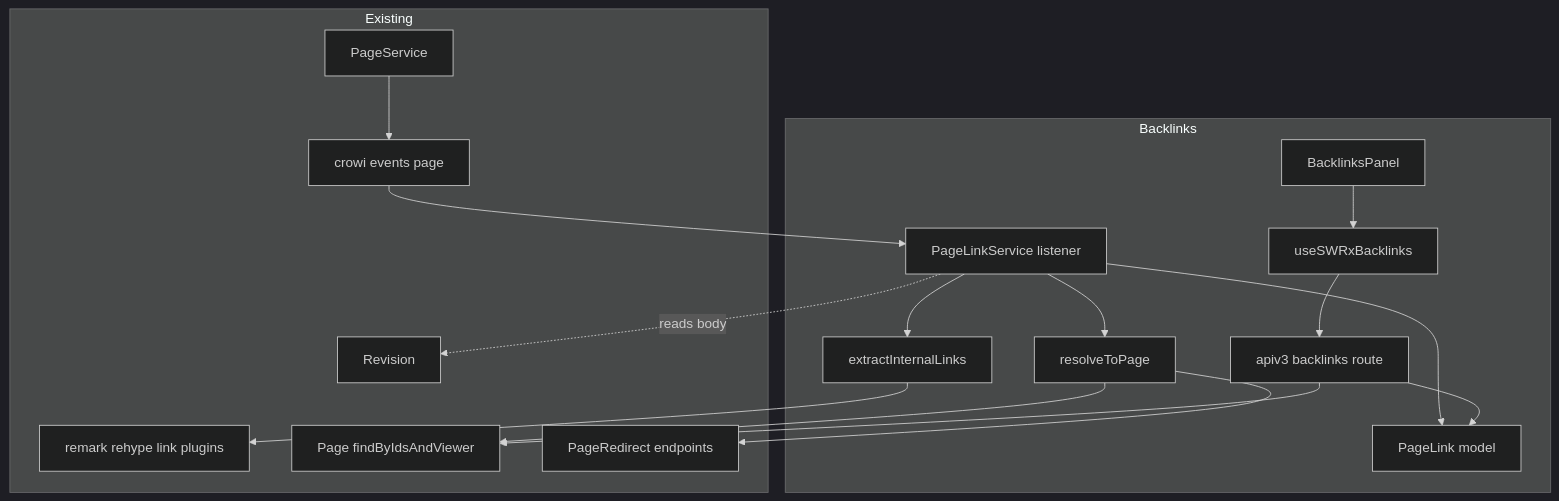
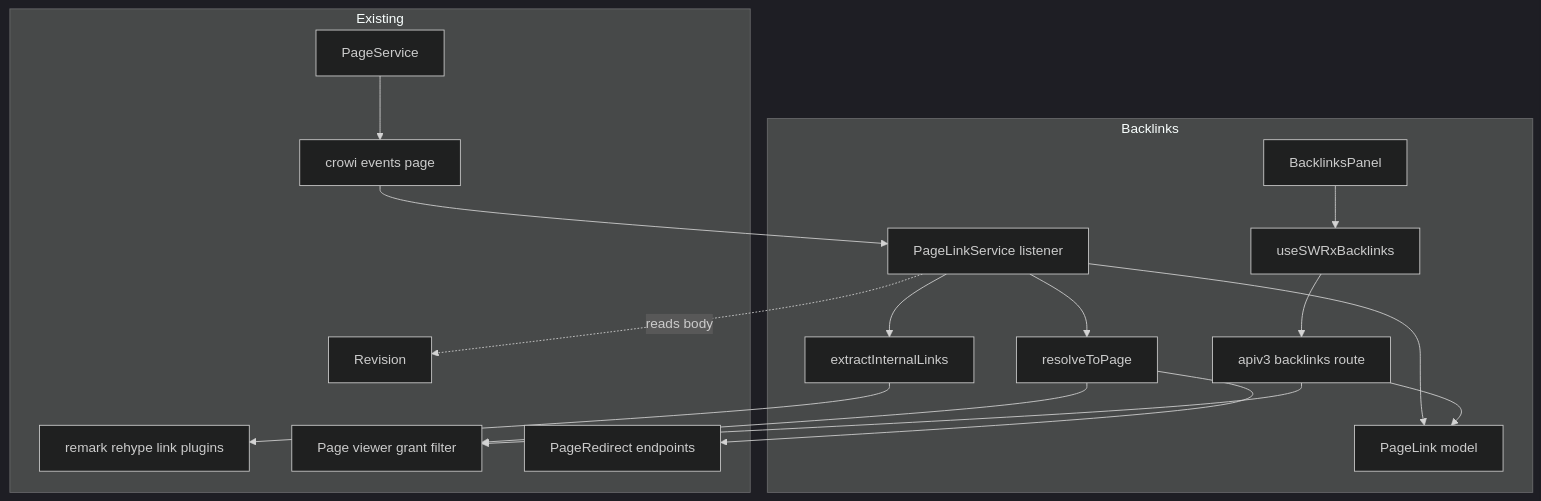
The first of 5 diagrams in .kiro/specs/backlinks/design.md (growilabs/growi), drawn with Mermaid (dark theme) before and after one commit. The commit also changed other lines of this file, not shown here.

````diff
--- a/.kiro/specs/backlinks/design.md
+++ b/.kiro/specs/backlinks/design.md
@@ -119,34 +124,34 @@
 ```mermaid
 graph TB
     subgraph Existing
         PageSvc[PageService]
         Bus[crowi events page]
         Render[remark rehype link plugins]
-        Grant[Page findByIdsAndViewer]
+        Grant[Page viewer grant filter]
         Redirect[PageRedirect endpoints]
         Rev[Revision]
     end
     subgraph Backlinks
         Listener[PageLinkService listener]
         Extract[extractInternalLinks]
         Resolve[resolveToPage]
         Model[PageLink model]
         Route[apiv3 backlinks route]
         Hook[useSWRxBacklinks]
         Panel[BacklinksPanel]
     end
 
     PageSvc --> Bus
     Bus --> Listener
     Listener --> Extract
     Extract --> Render
     Listener --> Resolve
     Resolve --> Redirect
     Resolve --> Grant
     Listener --> Model
     Route --> Model
     Route --> Grant
     Hook --> Route
     Panel --> Hook
     Listener -. reads body .-> Rev
 ```
````
